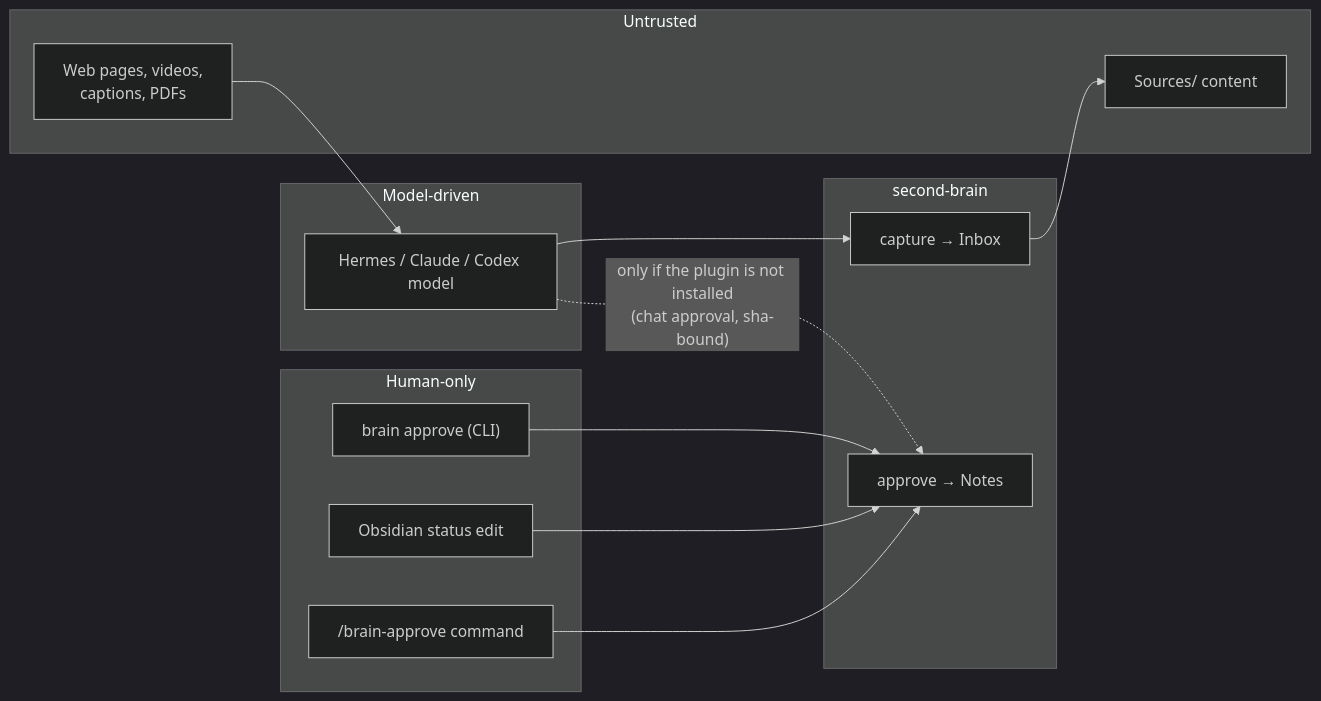
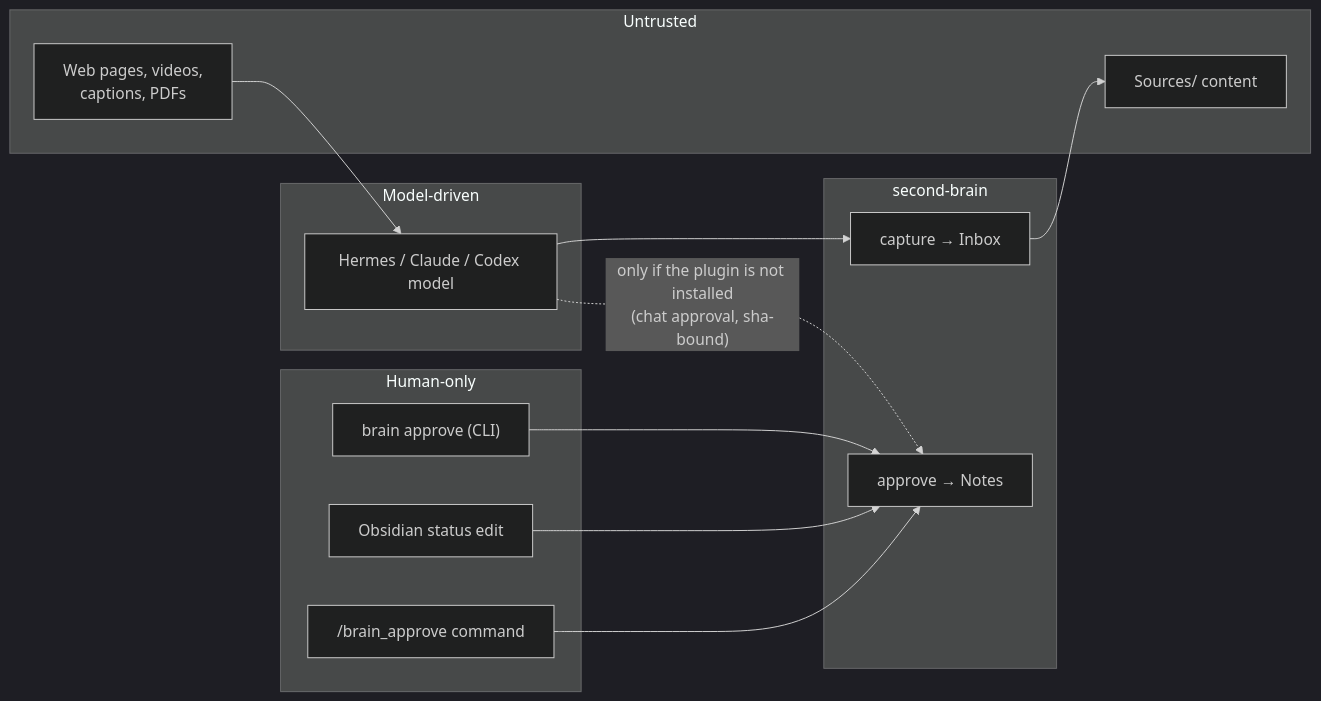
Before and after one commit to 0xSenzel/second-brain-runtime: the eighth of 10 diagrams in docs/ARCHITECTURE.md, drawn with Mermaid (dark theme). The commit also changed other lines of this file and 10 other files, not shown here.

````diff
--- a/docs/ARCHITECTURE.md
+++ b/docs/ARCHITECTURE.md
@@ -270,26 +275,26 @@
 ```mermaid
 flowchart LR
     subgraph untrusted["Untrusted"]
         web["Web pages, videos,<br/>captions, PDFs"]
         srcs["Sources/ content"]
     end
     subgraph agent["Model-driven"]
         model["Hermes / Claude / Codex model"]
     end
     subgraph human["Human-only"]
-        cmd["/brain-approve command"]
+        cmd["/brain_approve command"]
         obs["Obsidian status edit"]
         clia["brain approve (CLI)"]
     end
     subgraph service["second-brain"]
         cap["capture → Inbox"]
         appr["approve → Notes"]
     end
     web --> model
     model --> cap
     cap --> srcs
     cmd --> appr
     obs --> appr
     clia --> appr
     model -. "only if the plugin is not installed<br/>(chat approval, sha-bound)" .-> appr
 ```
````
